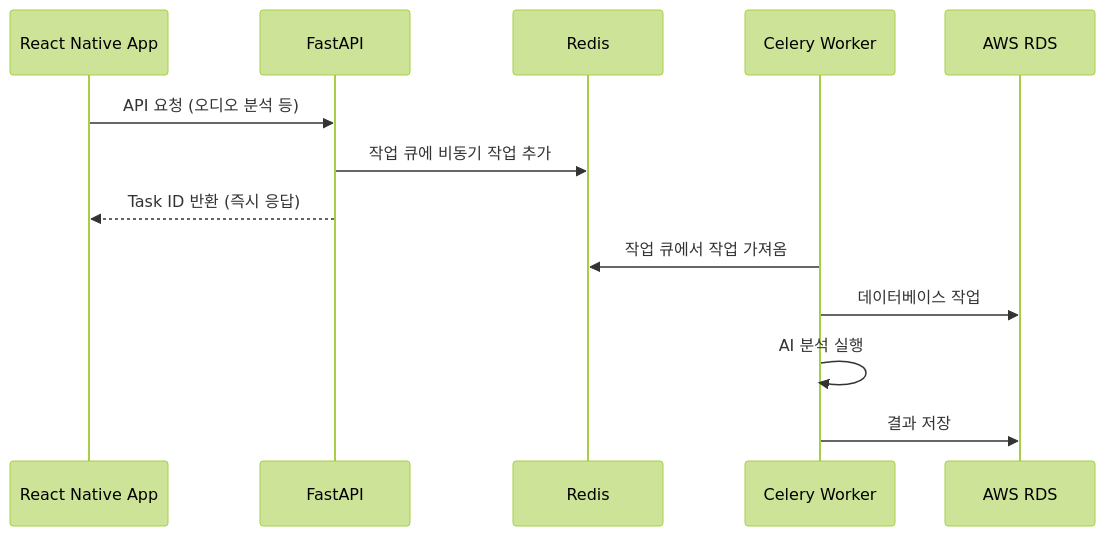
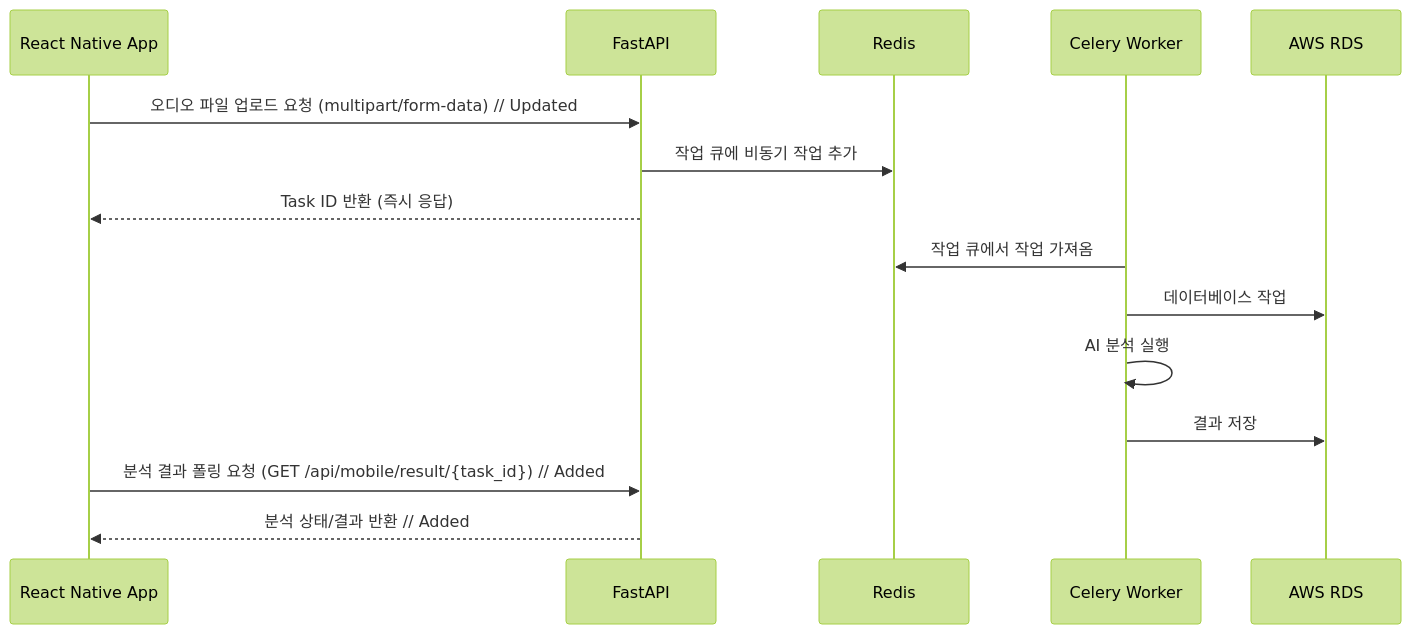
One commit to kimjuyoung1127/signalcraftapp changed diagram 13 of 17 in docs/architecture.md. Above: the diagram before and after it, drawn with Mermaid (forest theme). The commit also changed other lines of this file and 36 other files, not shown here.

Commit message:
오디오 업로드 구현

````diff
--- a/docs/architecture.md
+++ b/docs/architecture.md
@@ -502,16 +581,18 @@
 ```mermaid
 sequenceDiagram
     participant RN as React Native App
     participant FP as FastAPI
     participant RD as Redis
     participant CL as Celery Worker
     participant DB as AWS RDS
 
-    RN->>FP: API 요청 (오디오 분석 등)
+    RN->>FP: 오디오 파일 업로드 요청 (multipart/form-data) // Updated
     FP->>RD: 작업 큐에 비동기 작업 추가
     FP-->>RN: Task ID 반환 (즉시 응답)
     CL->>RD: 작업 큐에서 작업 가져옴
     CL->>DB: 데이터베이스 작업
     CL->>CL: AI 분석 실행
     CL->>DB: 결과 저장
+    RN->>FP: 분석 결과 폴링 요청 (GET /api/mobile/result/{task_id}) // Added
+    FP-->>RN: 분석 상태/결과 반환 // Added
 ```
````
